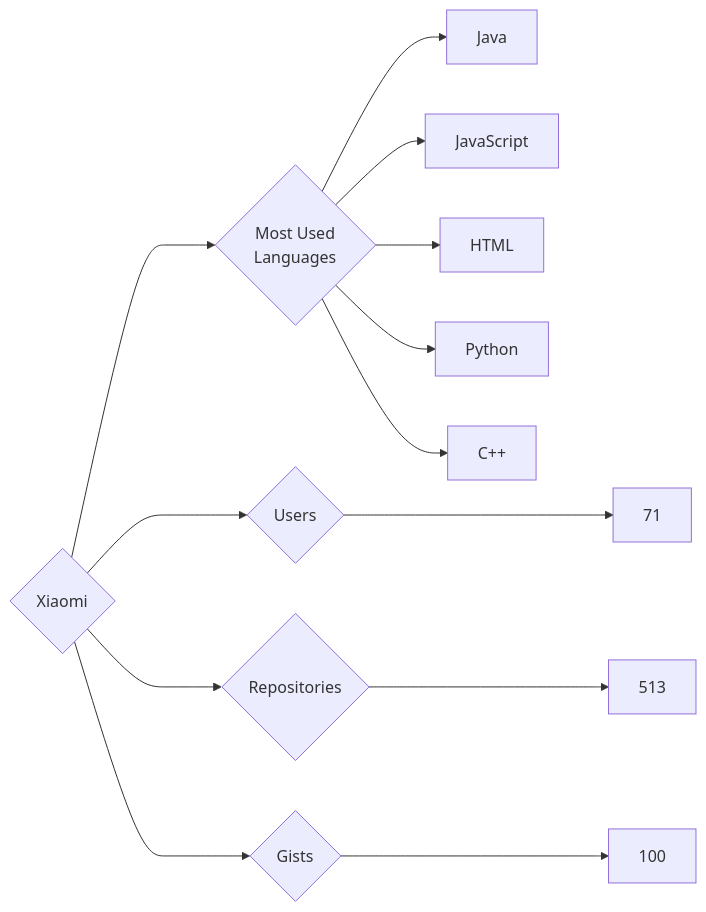
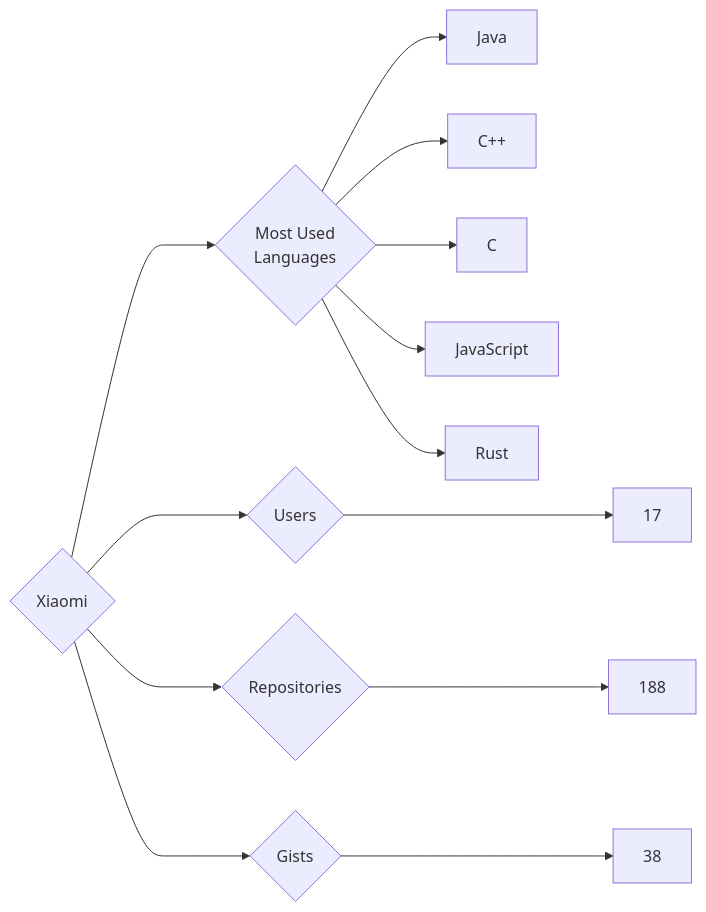
Before and after one commit to trickest/insiders: the diagram in targets/Xiaomi/README.md, drawn with Mermaid. The commit also changed 787 other files, not shown here.

````diff
--- a/targets/Xiaomi/README.md
+++ b/targets/Xiaomi/README.md
@@ -3,13 +3,13 @@
 ```mermaid
 graph LR
 COMPANY_NAME{Xiaomi}
-COMPANY_NAME ---> U{Users} ---> UN[71]
-COMPANY_NAME ---> R{Repositories} ---> RN[513]
-COMPANY_NAME ---> G{Gists} ---> GN[100]
+COMPANY_NAME ---> U{Users} ---> UN[17]
+COMPANY_NAME ---> R{Repositories} ---> RN[188]
+COMPANY_NAME ---> G{Gists} ---> GN[38]
 COMPANY_NAME ---> ML{Most Used<br>Languages}
 ML --> Java[Java]
+ML --> C++[C++]
+ML --> C[C]
 ML --> JavaScript[JavaScript]
-ML --> HTML[HTML]
-ML --> Python[Python]
-ML --> C++[C++]
+ML --> Rust[Rust]
 ```
````
